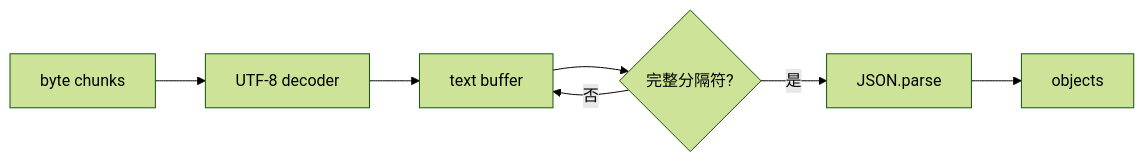
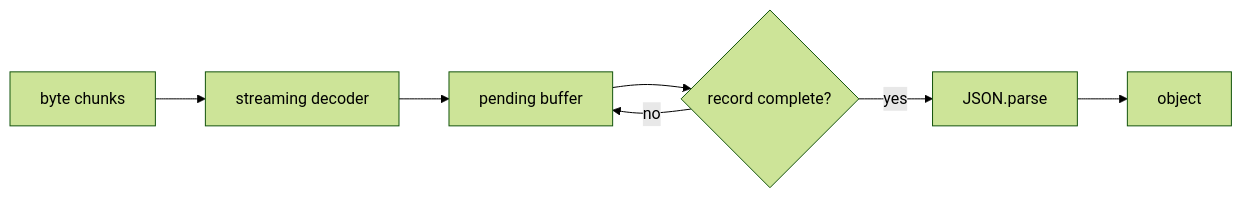
One commit to musicq/tech-recall changed the diagram in notes/data-streaming/json-stream.md. Above: the diagram before and after it, drawn with Mermaid (forest theme). The commit also changed other lines of this file, not shown here.

Commit message:
notes: refine json stream

````diff
--- a/notes/data-streaming/json-stream.md
+++ b/notes/data-streaming/json-stream.md
@@ -29,9 +21,9 @@
 ```mermaid
 flowchart LR
-  A[byte chunks] --> B[UTF-8 decoder]
-  B --> C[text buffer]
-  C --> D{完整分隔符?}
-  D -- 否 --> C
-  D -- 是 --> E[JSON.parse]
-  E --> F[objects]
+  A[byte chunks] --> B[streaming decoder]
+  B --> C[pending buffer]
+  C --> D{record complete?}
+  D -- no --> C
+  D -- yes --> E[JSON.parse]
+  E --> F[object]
 ```
````
